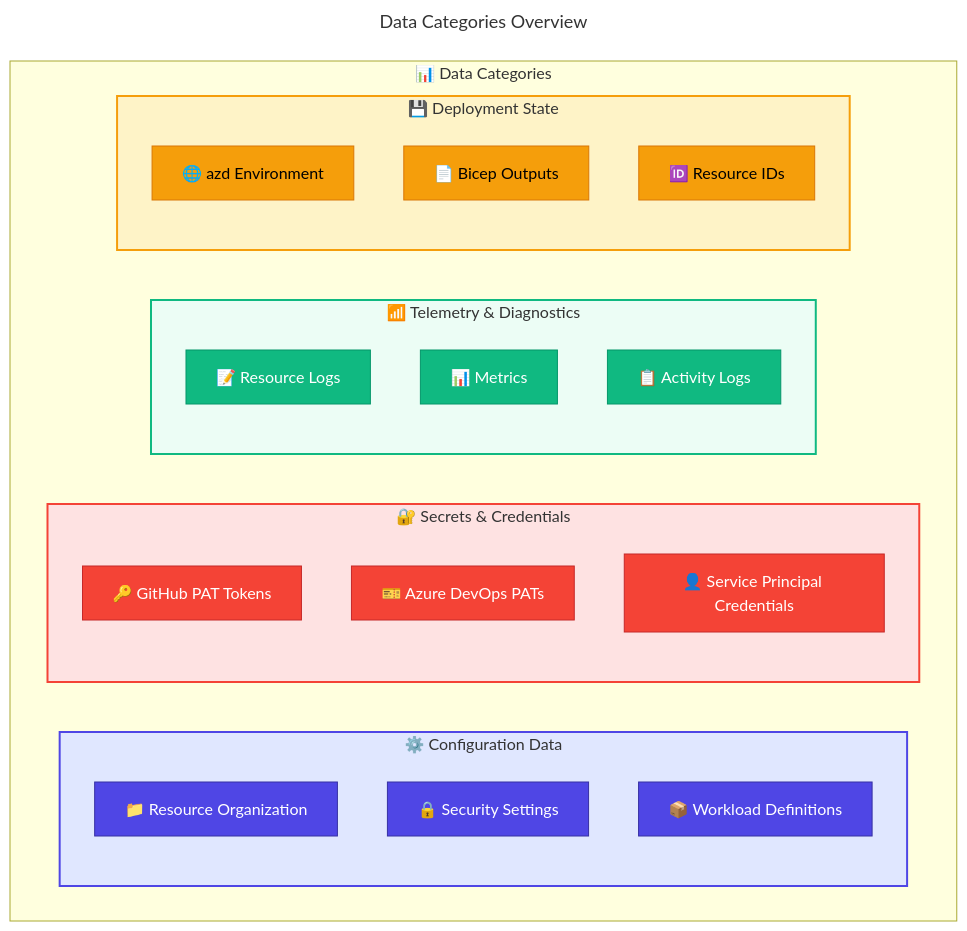
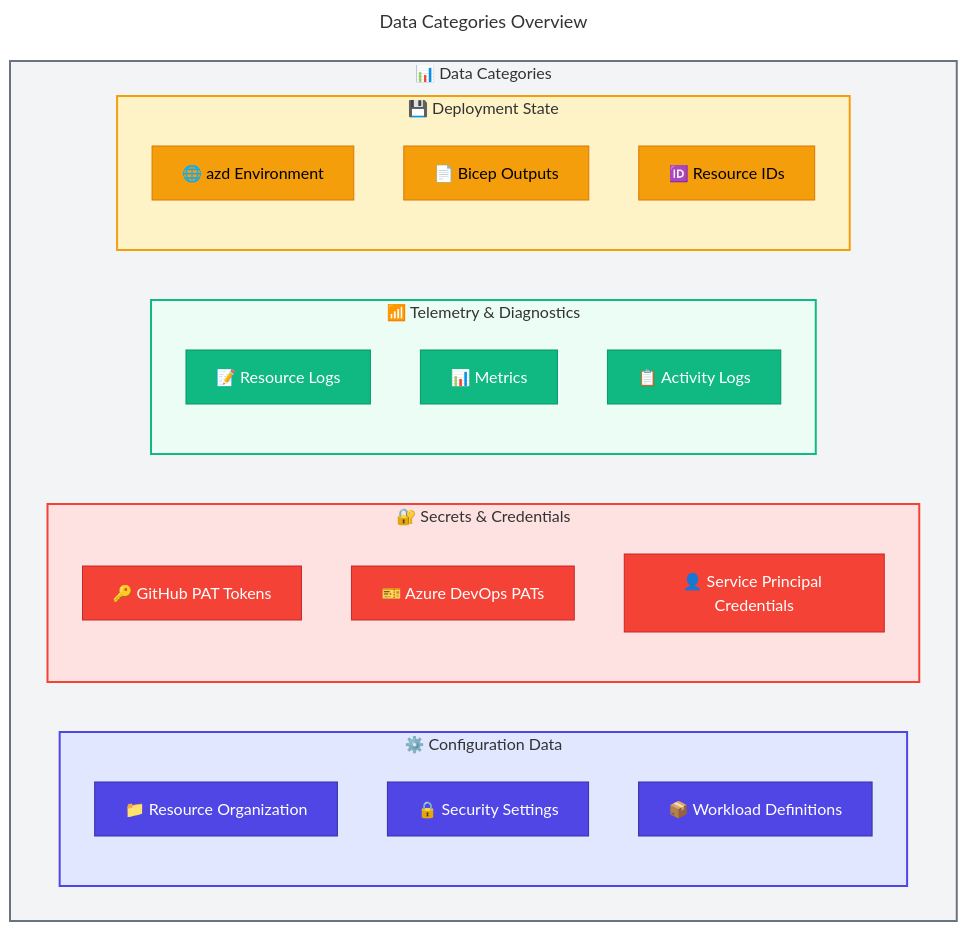
The first of 7 diagrams in docs/architecture/02-data-architecture.md (Evilazaro/DevExp-DevBox), drawn with Mermaid before and after one commit. The commit also changed 3 other files, not shown here.

Commit message:
Enhance flowchart styles in architecture documentation for improved visual clarity and consistency across business, data, technology, and security sections.

````diff
--- a/docs/architecture/02-data-architecture.md
+++ b/docs/architecture/02-data-architecture.md
@@ -61,52 +61,53 @@
 ```mermaid
 ---
 title: Data Categories Overview
 ---
 flowchart TB
     %% ===== DATA CATEGORIES =====
     subgraph DataCategories["📊 Data Categories"]
         %% ===== CONFIGURATION DATA =====
         subgraph Config["⚙️ Configuration Data"]
             C1["📁 Resource Organization"]
             C2["🔒 Security Settings"]
             C3["📦 Workload Definitions"]
         end
         
         %% ===== SECRETS & CREDENTIALS =====
         subgraph Secrets["🔐 Secrets & Credentials"]
             S1["🔑 GitHub PAT Tokens"]
             S2["🎫 Azure DevOps PATs"]
             S3["👤 Service Principal Credentials"]
         end
         
         %% ===== TELEMETRY & DIAGNOSTICS =====
         subgraph Telemetry["📶 Telemetry & Diagnostics"]
             T1["📝 Resource Logs"]
             T2["📊 Metrics"]
             T3["📋 Activity Logs"]
         end
         
         %% ===== DEPLOYMENT STATE =====
         subgraph State["💾 Deployment State"]
             ST1["🌐 azd Environment"]
             ST2["📄 Bicep Outputs"]
             ST3["🆔 Resource IDs"]
         end
     end
     
     %% ===== STYLES =====
     classDef primary fill:#4F46E5,stroke:#3730A3,color:#FFFFFF
     classDef failed fill:#F44336,stroke:#C62828,color:#FFFFFF
     classDef secondary fill:#10B981,stroke:#059669,color:#FFFFFF
     classDef datastore fill:#F59E0B,stroke:#D97706,color:#000000
     
     class C1,C2,C3 primary
     class S1,S2,S3 failed
     class T1,T2,T3 secondary
     class ST1,ST2,ST3 datastore
     
+    style DataCategories fill:#F3F4F6,stroke:#6B7280,stroke-width:2px
     style Config fill:#E0E7FF,stroke:#4F46E5,stroke-width:2px
     style Secrets fill:#FEE2E2,stroke:#F44336,stroke-width:2px
     style Telemetry fill:#ECFDF5,stroke:#10B981,stroke-width:2px
     style State fill:#FEF3C7,stroke:#F59E0B,stroke-width:2px
 ```
````
